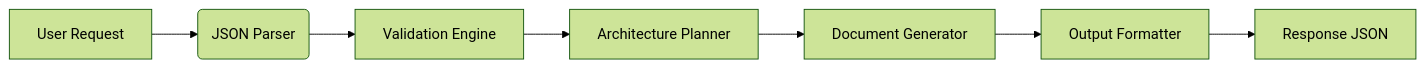
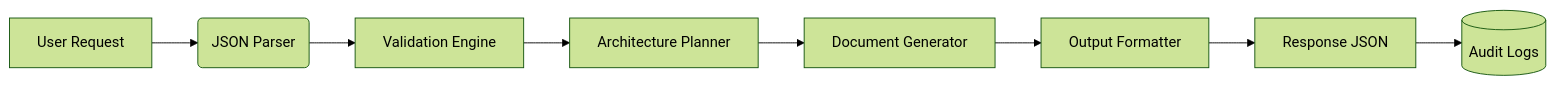
The diagram in agent-stack-oss/docs/dev/ARCHITECTURE_INTEGRATION_PLAN.md (DelaaReda/app-finance-previsions), drawn with Mermaid (forest theme) before and after one commit. The commit also changed other lines of this file and 14 other files, not shown here.

First line of the commit message:
Sprint-6: Update docs for React migration - api_contracts, ui pages, lakehouse, roadmap, legacy, react_overview

````diff
--- a/agent-stack-oss/docs/dev/ARCHITECTURE_INTEGRATION_PLAN.md
+++ b/agent-stack-oss/docs/dev/ARCHITECTURE_INTEGRATION_PLAN.md
@@ -47,9 +47,10 @@
 ```mermaid
 graph LR
 A[User Request] --> B(JSON Parser)
 B --> C[Validation Engine]
 C --> D[Architecture Planner]
 D --> E[Document Generator]
 E --> F[Output Formatter]
 F --> G[Response JSON]
+G --> H[(Audit Logs)]
 ```
````
